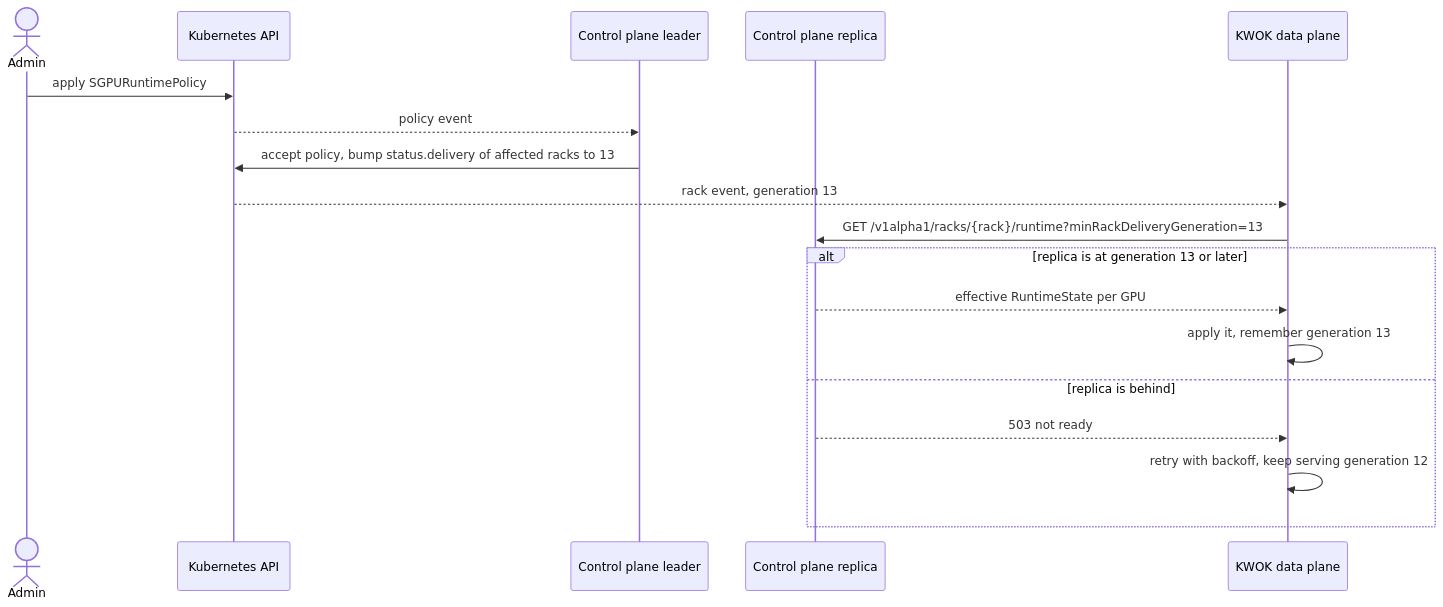
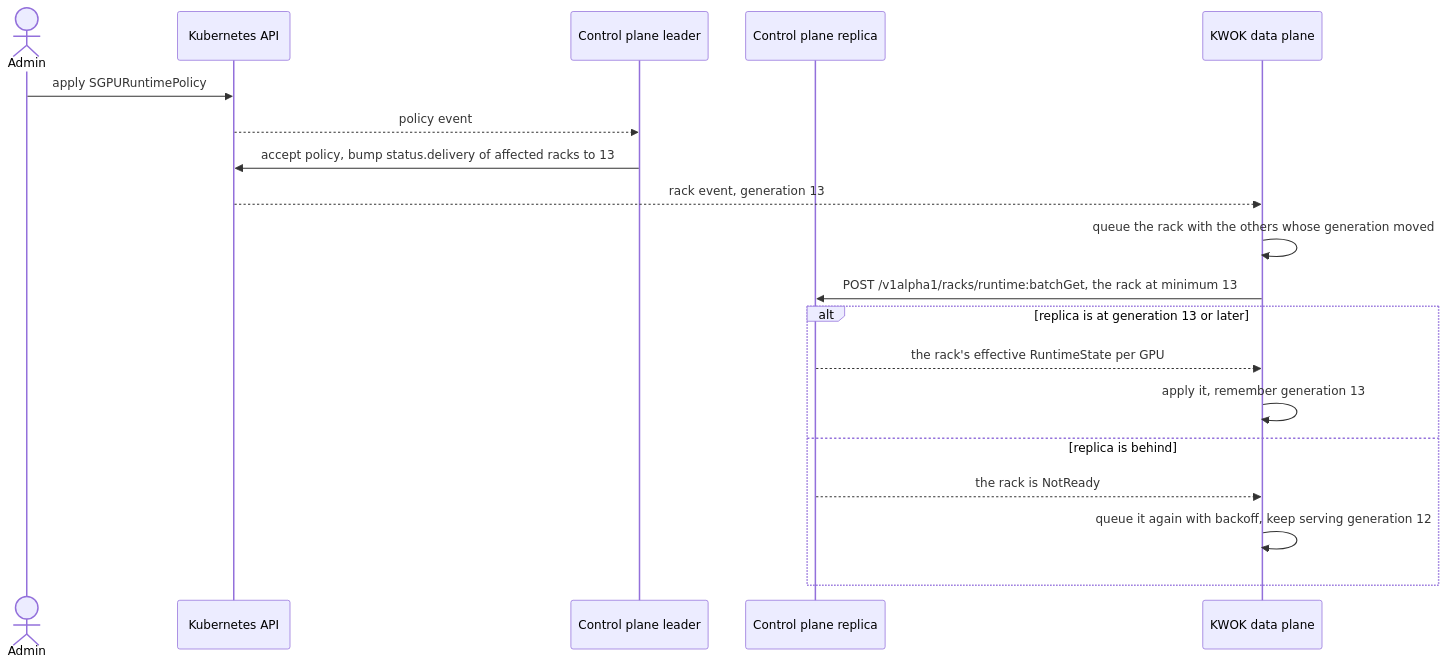
One commit to NVIDIA/k8s-test-infra changed the diagram in enhancements/meps/0008-fgo-integration/README.md. Above: the diagram before and after it, drawn with Mermaid. The commit also changed other lines of this file and 2 other files, not shown here.

Commit message:
Added milestones & batch rack reads

````diff
--- a/enhancements/meps/0008-fgo-integration/README.md
+++ b/enhancements/meps/0008-fgo-integration/README.md
@@ -600,21 +625,22 @@
 ```mermaid
 sequenceDiagram
     actor Admin
     participant API as Kubernetes API
     participant Leader as Control plane leader
     participant Replica as Control plane replica
     participant DP as KWOK data plane
 
     Admin->>API: apply SGPURuntimePolicy
     API-->>Leader: policy event
     Leader->>API: accept policy, bump status.delivery of affected racks to 13
     API-->>DP: rack event, generation 13
-    DP->>Replica: GET /v1alpha1/racks/{rack}/runtime?minRackDeliveryGeneration=13
+    DP->>DP: queue the rack with the others whose generation moved
+    DP->>Replica: POST /v1alpha1/racks/runtime:batchGet, the rack at minimum 13
     alt replica is at generation 13 or later
-        Replica-->>DP: effective RuntimeState per GPU
+        Replica-->>DP: the rack's effective RuntimeState per GPU
         DP->>DP: apply it, remember generation 13
     else replica is behind
-        Replica-->>DP: 503 not ready
-        DP->>DP: retry with backoff, keep serving generation 12
+        Replica-->>DP: the rack is NotReady
+        DP->>DP: queue it again with backoff, keep serving generation 12
     end
 ```
````
